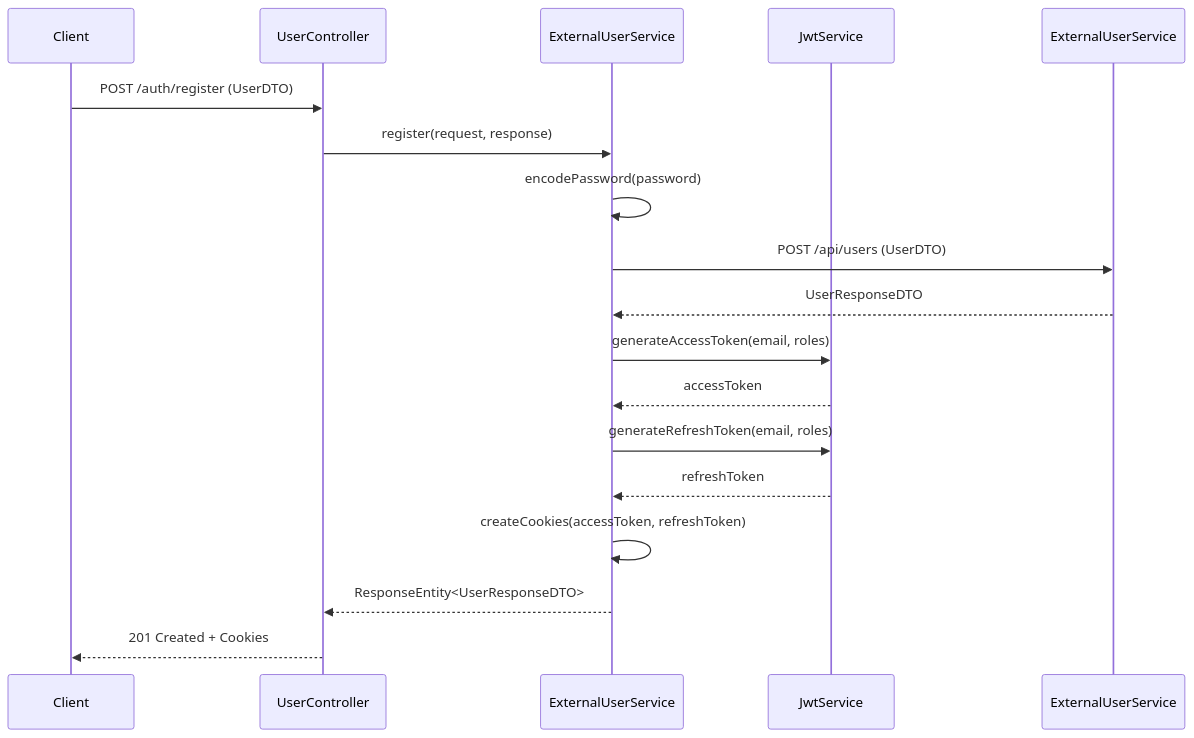
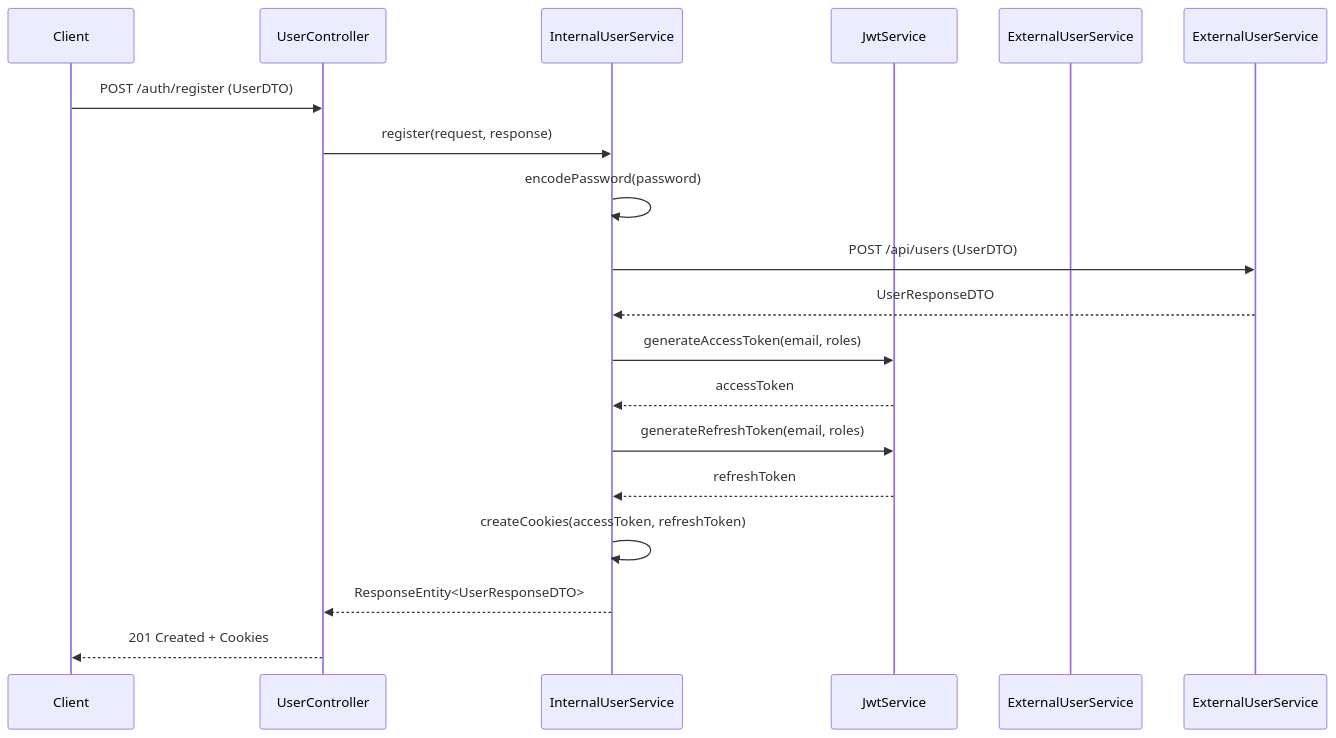
One commit to Fawry-Intern-Team/auth-api changed the first of 4 diagrams in README.md. Above: the diagram before and after it, drawn with Mermaid.

````diff
--- a/README.md
+++ b/README.md
@@ -34,21 +34,21 @@
 ```mermaid
 sequenceDiagram
     participant Client
     participant UserController
-    participant UserService
+    participant UserService1 as InternalUserService
     participant JwtService
     participant UserService as ExternalUserService
 
     Client->>UserController: POST /auth/register (UserDTO)
-    UserController->>UserService: register(request, response)
-    UserService->>UserService: encodePassword(password)
-    UserService->>ExternalUserService: POST /api/users (UserDTO)
-    ExternalUserService-->>UserService: UserResponseDTO
-    UserService->>JwtService: generateAccessToken(email, roles)
-    JwtService-->>UserService: accessToken
-    UserService->>JwtService: generateRefreshToken(email, roles)
-    JwtService-->>UserService: refreshToken
-    UserService->>UserService: createCookies(accessToken, refreshToken)
-    UserService-->>UserController: ResponseEntity<UserResponseDTO>
+    UserController->>UserService1: register(request, response)
+    UserService1->>UserService1: encodePassword(password)
+    UserService1->>ExternalUserService: POST /api/users (UserDTO)
+    ExternalUserService-->>UserService1: UserResponseDTO
+    UserService1->>JwtService: generateAccessToken(email, roles)
+    JwtService-->>UserService1: accessToken
+    UserService1->>JwtService: generateRefreshToken(email, roles)
+    JwtService-->>UserService1: refreshToken
+    UserService1->>UserService1: createCookies(accessToken, refreshToken)
+    UserService1-->>UserController: ResponseEntity<UserResponseDTO>
     UserController-->>Client: 201 Created + Cookies
 ```
````
